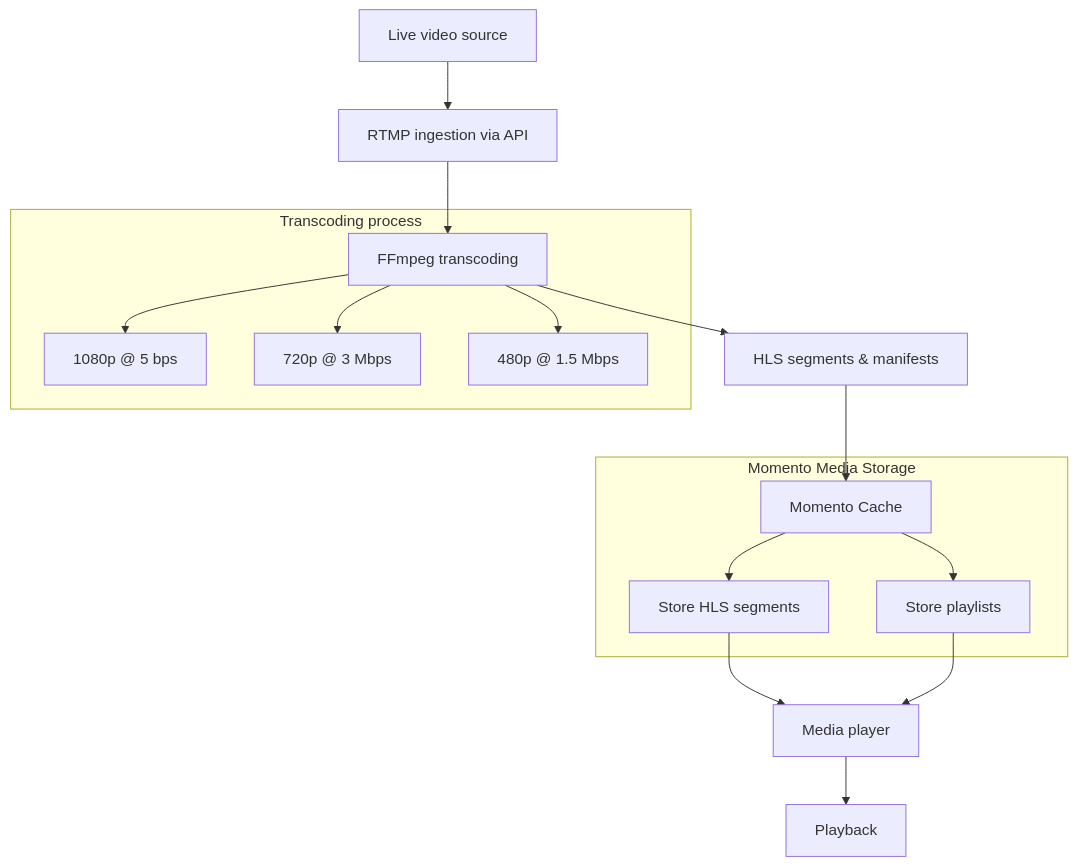
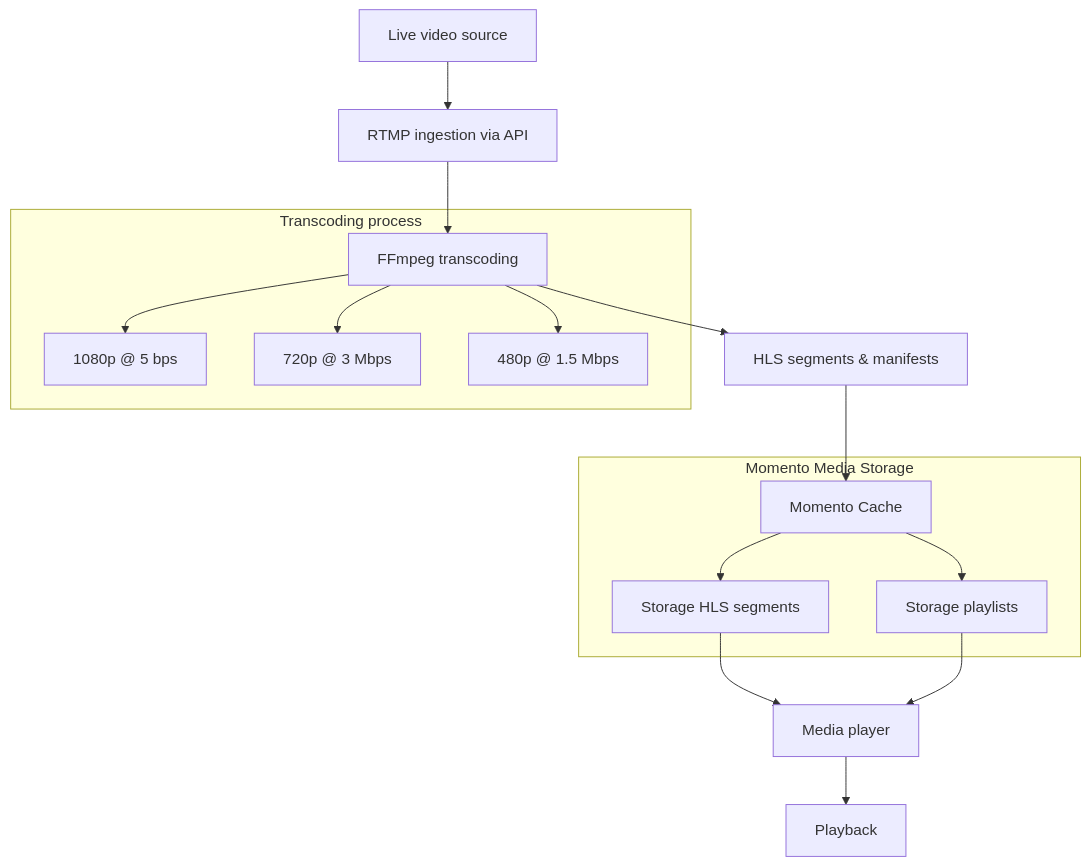
Before and after one commit to momentohq/public-dev-docs: the diagram in i18n/ja/docusaurus-plugin-content-docs/current/media-storage/streaming/capture/rtmp.md, drawn with Mermaid. The commit also changed other lines of this file and 8 other files, not shown here.

````diff
--- a/i18n/ja/docusaurus-plugin-content-docs/current/media-storage/streaming/capture/rtmp.md
+++ b/i18n/ja/docusaurus-plugin-content-docs/current/media-storage/streaming/capture/rtmp.md
@@ -35,23 +35,23 @@
 ```mermaid
 graph TD;
     A[Live video source] --> B[RTMP ingestion via API];
     B --> C[FFmpeg transcoding];
     C --> D[HLS segments & manifests];
     D --> E[Momento Cache];
 
 
     subgraph Transcoding process
         C --> H[1080p @ 5 bps];
         C --> I[720p @ 3 Mbps];
         C --> J[480p @ 1.5 Mbps];
     end
 
     subgraph Momento Media Storage
-        E --> K[Store HLS segments];
-        E --> L[Store playlists];
+        E --> K[Storage HLS segments];
+        E --> L[Storage playlists];
     end
 
     K --> G[Media player];
     L --> G;
     G --> F[Playback];
 ```
````
